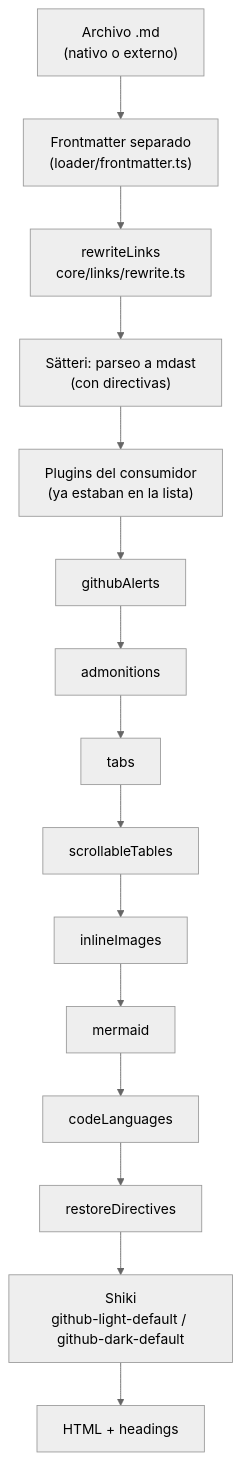
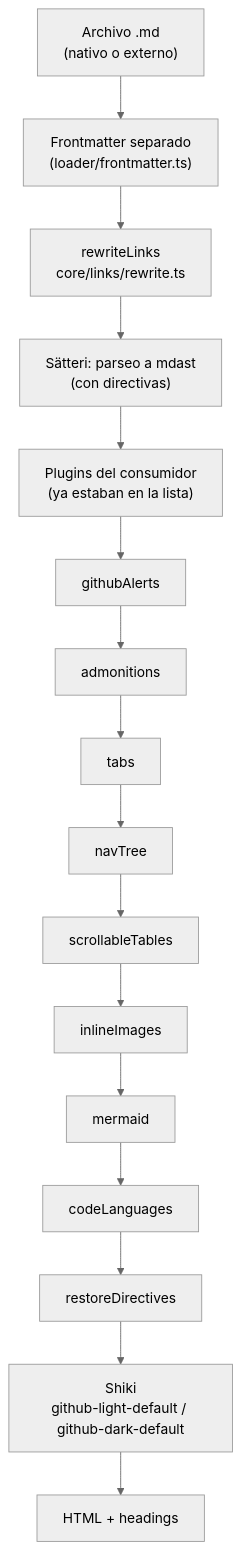
The diagram in docs/src/content/docs/guia/markdown.md (velezanthony/design), drawn with Mermaid (neutral theme) before and after one commit. The commit also changed other lines of this file and 31 other files, not shown here.

Commit message:
feat(markdown): generate an index page from the nav sections with ::nav-tree

````diff
--- a/docs/src/content/docs/guia/markdown.md
+++ b/docs/src/content/docs/guia/markdown.md
@@ -27,17 +27,18 @@
 ```mermaid
 flowchart TD
   src["Archivo .md<br/>(nativo o externo)"] --> fm["Frontmatter separado<br/>(loader/frontmatter.ts)"]
   fm --> rw["rewriteLinks<br/>core/links/rewrite.ts"]
   rw --> sat["Sätteri: parseo a mdast<br/>(con directivas)"]
   sat --> cp["Plugins del consumidor<br/>(ya estaban en la lista)"]
   cp --> ga["githubAlerts"]
   ga --> ad["admonitions"]
   ad --> tb["tabs"]
-  tb --> st["scrollableTables"]
+  tb --> nt["navTree"]
+  nt --> st["scrollableTables"]
   st --> ii["inlineImages"]
   ii --> mm["mermaid"]
   mm --> cl["codeLanguages"]
   cl --> rd["restoreDirectives"]
   rd --> sh["Shiki<br/>github-light-default / github-dark-default"]
   sh --> html["HTML + headings"]
 ```
````
